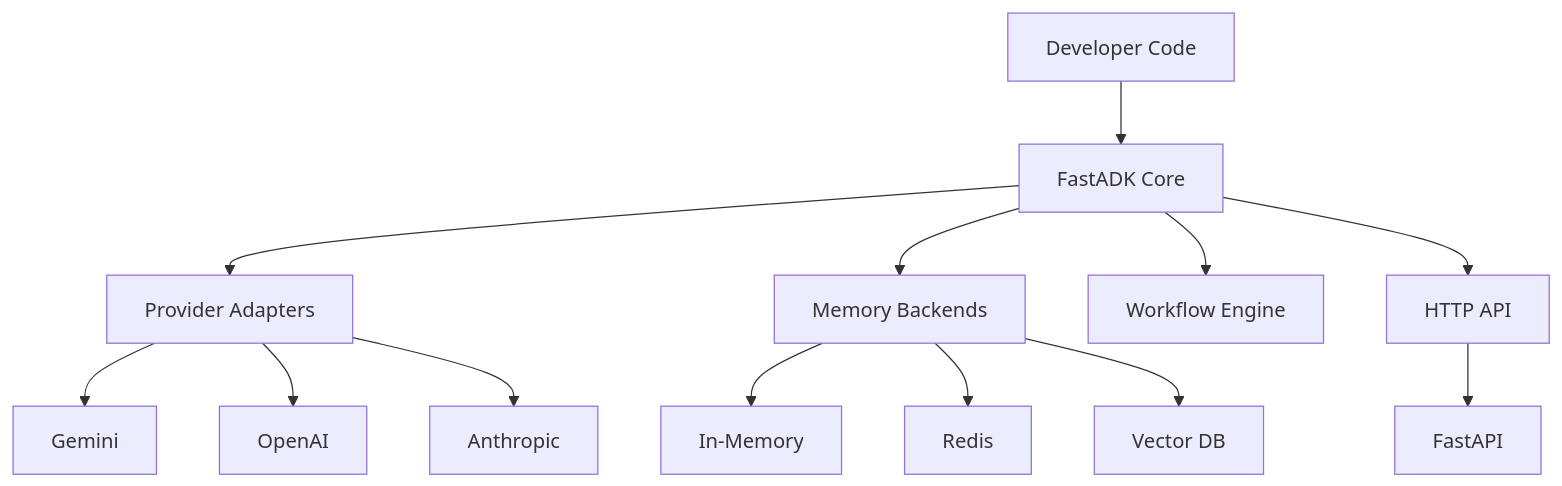
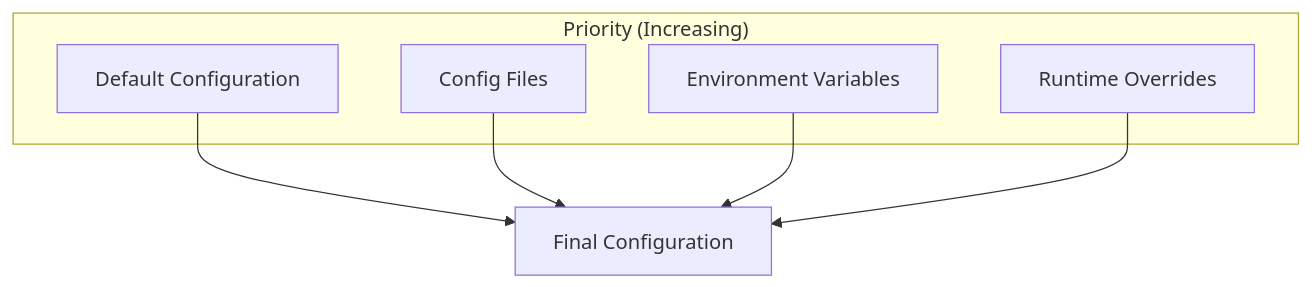
Before and after one commit to Mathews-Tom/FastADK: diagram 13 of 13 in docs/system-overview.md, drawn with Mermaid. The commit also changed other lines of this file and 1 other file, not shown here.

````diff
--- a/docs/system-overview.md
+++ b/docs/system-overview.md
@@ -102,15 +786,14 @@
 ```mermaid
 graph TD
-    A[Developer Code] --> B[FastADK Core]
-    B --> C[Provider Adapters]
-    B --> D[Memory Backends]
-    B --> E[Workflow Engine]
-    B --> F[HTTP API]
-    C --> G[Gemini]
-    C --> H[OpenAI]
-    C --> I[Anthropic]
-    D --> J[In-Memory]
-    D --> K[Redis]
-    D --> L[Vector DB]
-    F --> M[FastAPI]
+    A[Default Configuration] --> E[Final Configuration]
+    B[Config Files] --> E
+    C[Environment Variables] --> E
+    D[Runtime Overrides] --> E
+    
+    subgraph "Priority (Increasing)"
+        A
+        B
+        C
+        D
+    end
 ```
````
